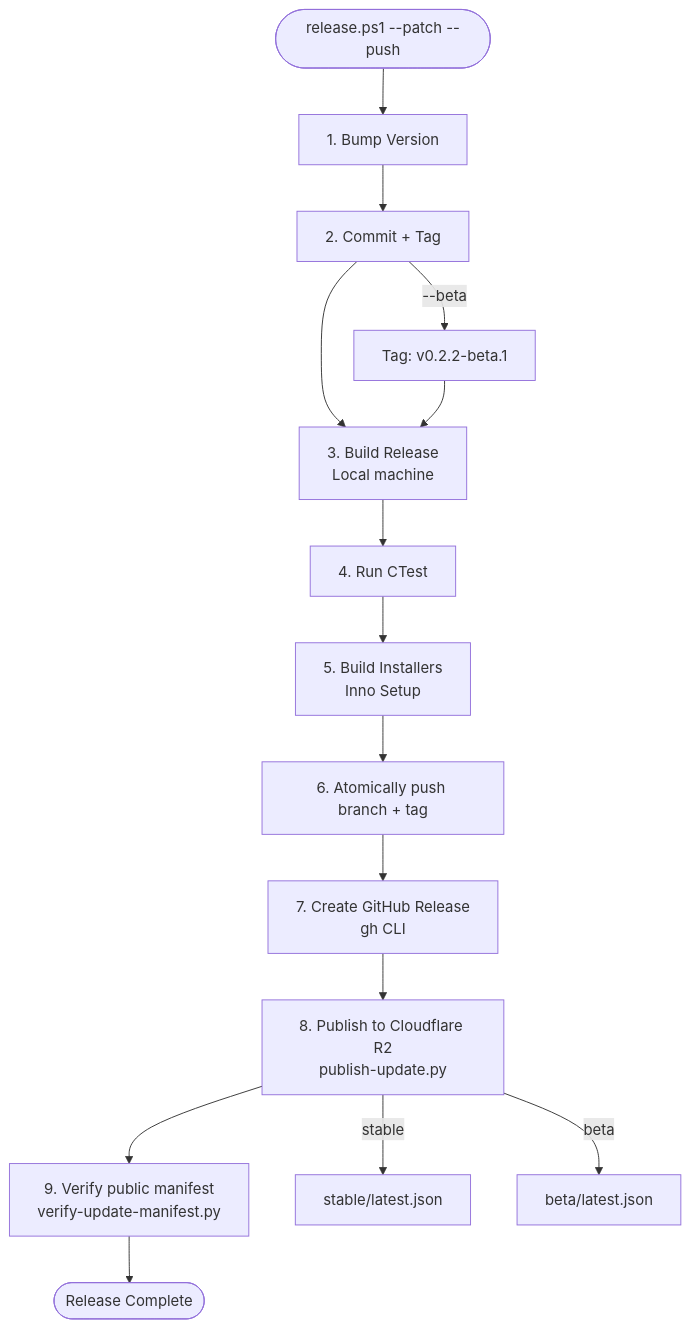
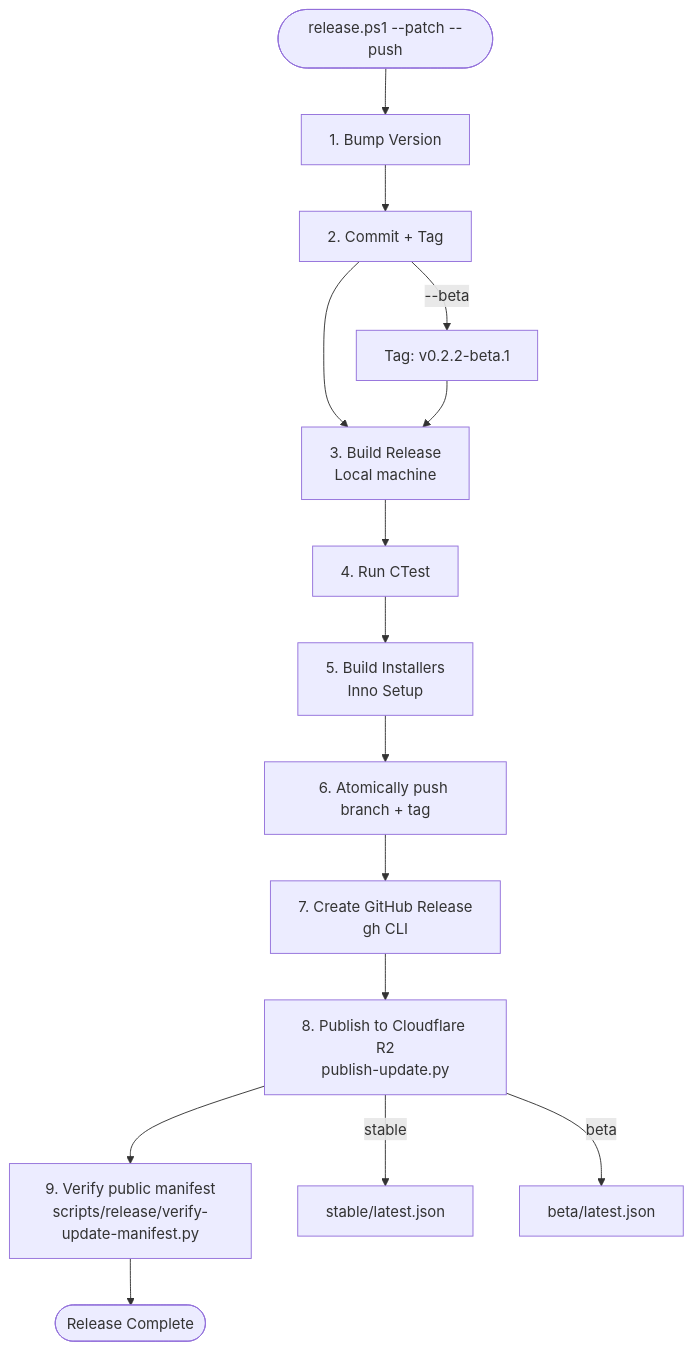
The diagram in docs/howto/release-workflow.md (gavinlouuu-kpt/mib-studio-qt), drawn with Mermaid before and after one commit. The commit also changed other lines of this file and 46 other files, not shown here.

````diff
--- a/docs/howto/release-workflow.md
+++ b/docs/howto/release-workflow.md
@@ -432,18 +432,18 @@
 ```mermaid
 flowchart TD
     Start([release.ps1 --patch --push]) --> Bump[1. Bump Version]
     Bump --> Commit[2. Commit + Tag]
     Commit --> Build[3. Build Release<br/>Local machine]
     Build --> Tests[4. Run CTest]
     Tests --> Installers[5. Build Installers<br/>Inno Setup]
     Installers --> Push[6. Atomically push branch + tag]
     Push --> GHRelease[7. Create GitHub Release<br/>gh CLI]
     GHRelease --> R2[8. Publish to Cloudflare R2<br/>publish-update.py]
-    R2 --> Verify[9. Verify public manifest<br/>verify-update-manifest.py]
+    R2 --> Verify[9. Verify public manifest<br/>scripts/release/verify-update-manifest.py]
     Verify --> Done([Release Complete])
 
     Commit -->|--beta| BetaTag[Tag: v0.2.2-beta.1]
     BetaTag --> Build
     R2 -->|stable| Stable[stable/latest.json]
     R2 -->|beta| Beta[beta/latest.json]
 ```
````
